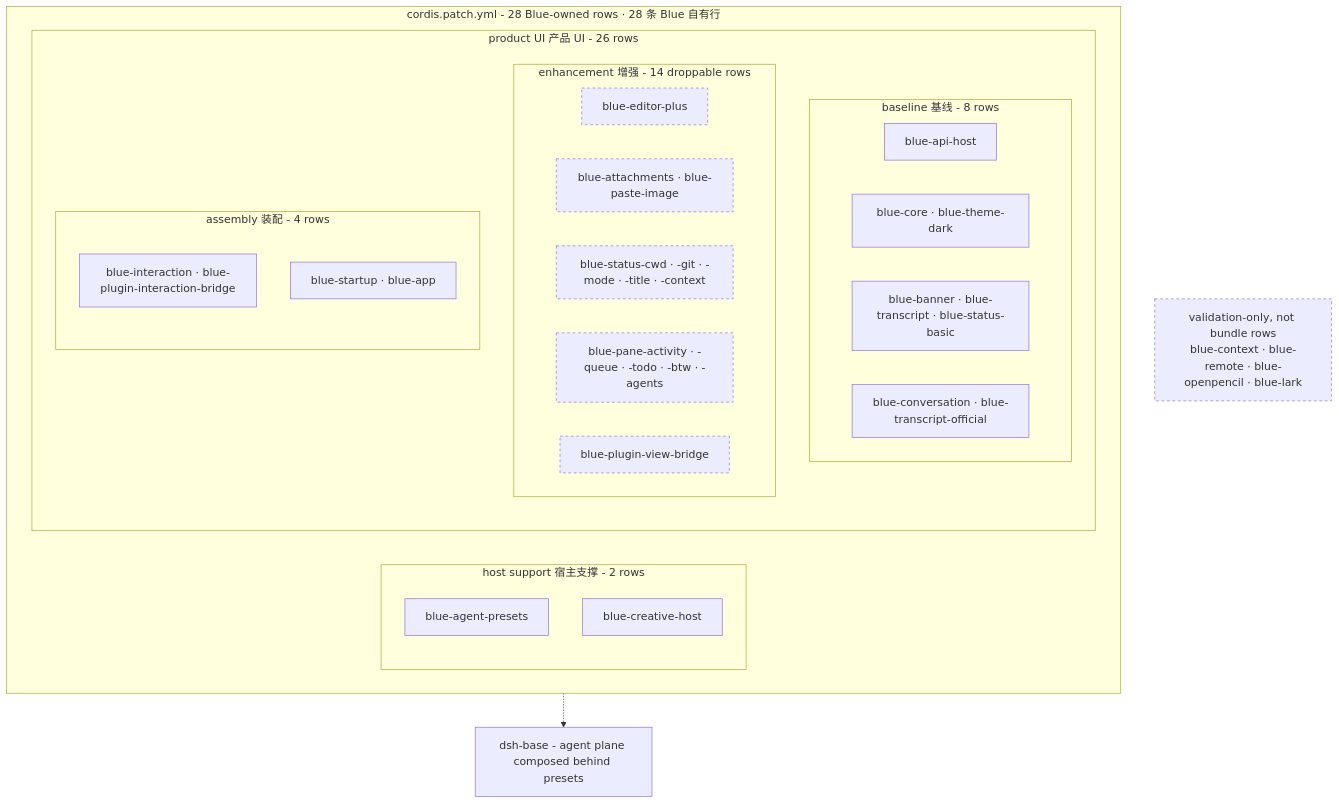
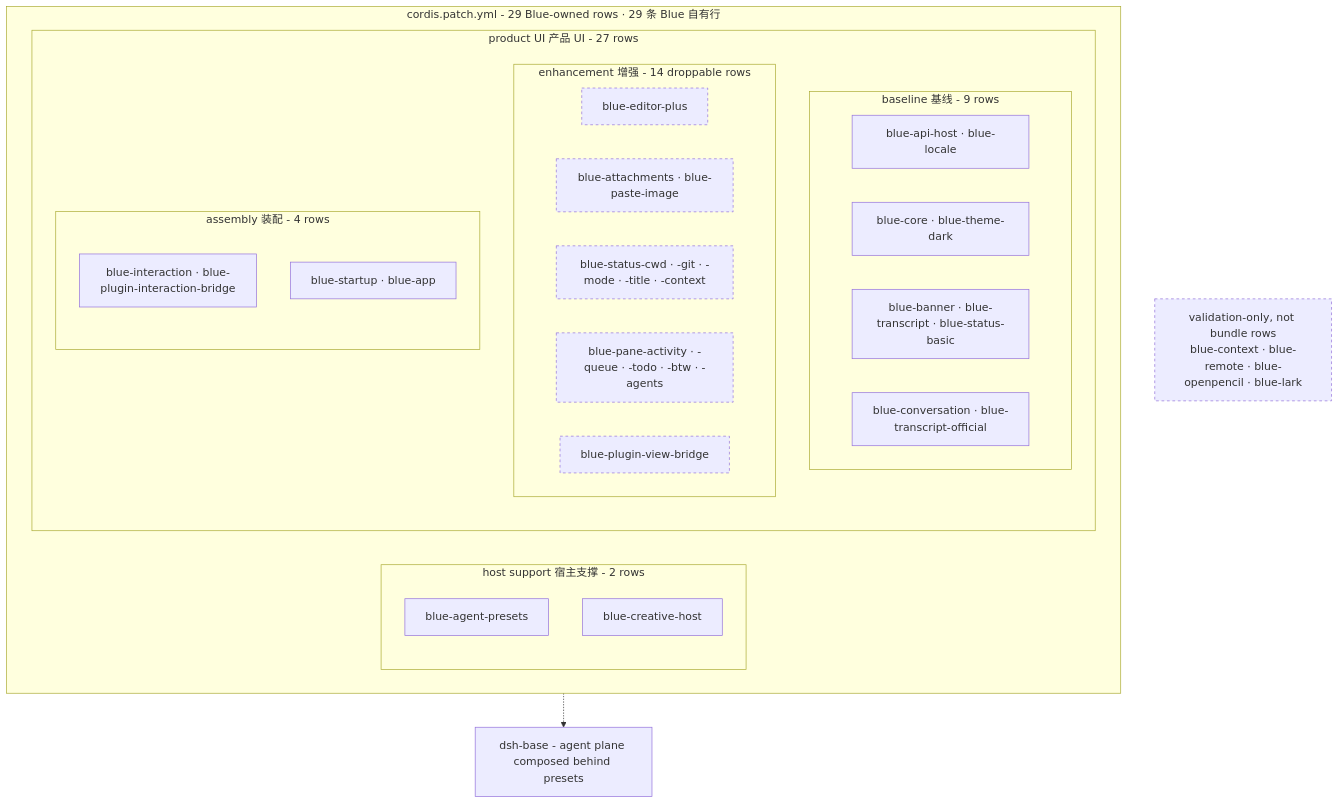
The diagram in docs/diagrams/blue-composition.mmd (dsh-blue/blue), drawn with Mermaid before and after one commit. The commit also changed 75 other files, not shown here.

```diff
--- a/docs/diagrams/blue-composition.mmd
+++ b/docs/diagrams/blue-composition.mmd
@@ -1,32 +1,32 @@
 flowchart TB
-    subgraph bundle["cordis.patch.yml - 28 Blue-owned rows · 28 条 Blue 自有行"]
+    subgraph bundle["cordis.patch.yml - 29 Blue-owned rows · 29 条 Blue 自有行"]
         subgraph host["host support 宿主支撑 - 2 rows"]
             presets["blue-agent-presets"]
             creative["blue-creative-host"]
         end
-        subgraph product["product UI 产品 UI - 26 rows"]
-            subgraph baseline["baseline 基线 - 8 rows"]
-                api["blue-api-host"]
+        subgraph product["product UI 产品 UI - 27 rows"]
+            subgraph baseline["baseline 基线 - 9 rows"]
+                api["blue-api-host · blue-locale"]
                 core["blue-core · blue-theme-dark"]
                 chrome["blue-banner · blue-transcript · blue-status-basic"]
                 conversation["blue-conversation · blue-transcript-official"]
             end
             subgraph enhancement["enhancement 增强 - 14 droppable rows"]
                 editorPlus["blue-editor-plus"]
                 att["blue-attachments · blue-paste-image"]
                 statusEnh["blue-status-cwd · -git · -mode · -title · -context"]
                 panes["blue-pane-activity · -queue · -todo · -btw · -agents"]
                 viewBridge["blue-plugin-view-bridge"]
             end
             subgraph assembly["assembly 装配 - 4 rows"]
                 interaction["blue-interaction · blue-plugin-interaction-bridge"]
                 startup["blue-startup · blue-app"]
             end
         end
     end
     validation["validation-only, not bundle rows\nblue-context · blue-remote · blue-openpencil · blue-lark"]
     dshbase["dsh-base - agent plane composed behind presets"]
     bundle -.-> dshbase
 
     classDef optional stroke-dasharray: 4 4;
     class editorPlus,att,statusEnh,panes,viewBridge,validation optional;
```
